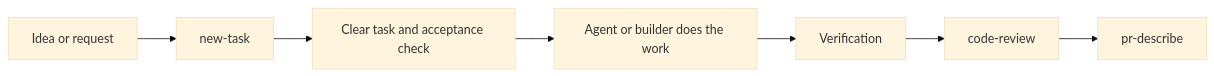
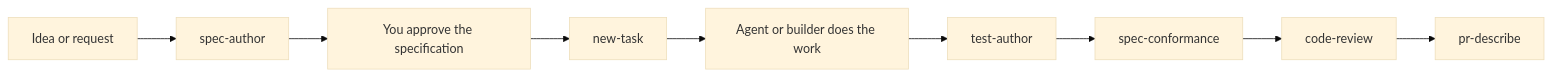
One commit to hams-ollo/zen-agent-skills changed the second of 2 diagrams in docs/GETTING-STARTED.md. Above: the diagram before and after it, drawn with Mermaid (base theme). The commit also changed other lines of this file and 17 other files, not shown here.

````diff
--- a/docs/GETTING-STARTED.md
+++ b/docs/GETTING-STARTED.md
@@ -290,9 +292,11 @@
 ```mermaid
 flowchart LR
-  A[Idea or request] --> B[new-task]
-  B --> C[Clear task and acceptance check]
-  C --> D[Agent or builder does the work]
-  D --> E[Verification]
-  E --> F[code-review]
-  F --> G[pr-describe]
+  A[Idea or request] --> B[spec-author]
+  B --> C[You approve the specification]
+  C --> D[new-task]
+  D --> E[Agent or builder does the work]
+  E --> F[test-author]
+  F --> G[spec-conformance]
+  G --> H[code-review]
+  H --> I[pr-describe]
 ```
````
